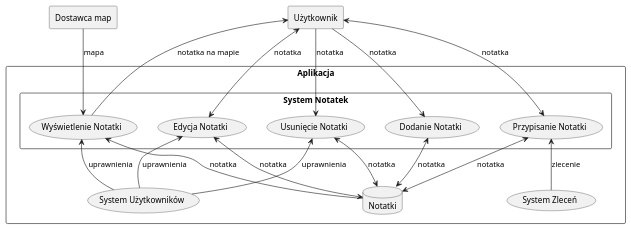
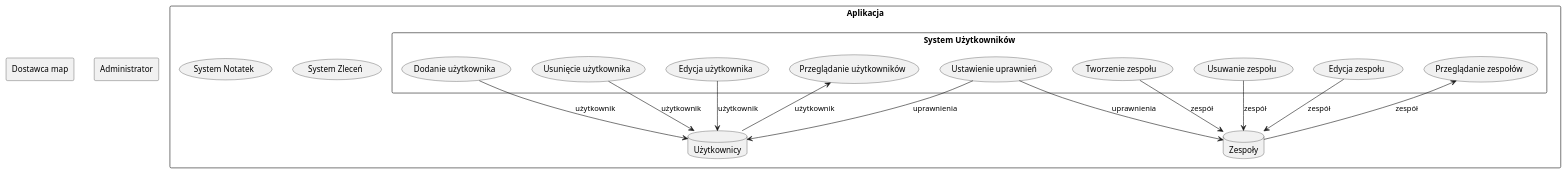
One commit to m-panczyk/gn_plantuml changed the diagram in ds.users.puml. Above: the diagram before and after it, drawn with PlantUML. The commit also changed 1 other file, not shown here.

Commit message:
poprawka strzałek w ds.ticket i wstępny diagram w ds.users

```diff
--- a/ds.users.puml
+++ b/ds.users.puml
@@ -2,33 +2,35 @@
 @startuml
-rectangle "Użytkownik" as user
 rectangle "Dostawca map" as maps
+rectangle "Administrator" as admin
 rectangle Aplikacja as app {
-	rectangle "System Notatek" as sn{
-		(Dodanie Notatki) as add
-		(Usunięcie Notatki) as del
-		(Edycja Notatki) as edit
-		(Przypisanie Notatki) as assign
-		(Wyświetlenie Notatki) as show
+	rectangle "System Użytkowników" as sn{
+		(Dodanie użytkownika) as add
+		(Usunięcie użytkownika) as del
+		(Edycja użytkownika) as edit
+		(Przeglądanie użytkowników) as view
+		(Ustawienie uprawnień) as perm
+		(Tworzenie zespołu) as teamadd
+		(Usuwanie zespołu) as teamdel
+		(Edycja zespołu) as teamedit
+		(Przeglądanie zespołów) as teamview
     }
     (System Zleceń) as sz
-    (System Użytkowników) as su
-    database "Notatki" as dbn
+    (System Notatek) as su
+    database "Użytkownicy" as dbu
+    database "Zespoły" as dbz
 
-    user --> add :notatka
-    user <-- show :notatka na mapie
-    maps --> show :mapa
-    user --> del :notatka
-    user <--> edit :notatka
-    user <--> assign :notatka
-    add <-d-> dbn :notatka
-    del <-d-> dbn :notatka
-    edit <-d-> dbn :notatka
-    assign <-d-> dbn :notatka
-    show <-d- dbn :notatka
-    sz -u-> assign :zlecenie
-    su -u-> del :uprawnienia
-    su -u-> edit :uprawnienia
-    su -u-> show :uprawnienia
+    add --> dbu: użytkownik
+    del --> dbu: użytkownik
+    edit --> dbu: użytkownik
+    view <-- dbu: użytkownik
+
+    perm --> dbu: uprawnienia
+    perm --> dbz: uprawnienia
+
+    teamadd --> dbz: zespół
+    teamdel --> dbz: zespół
+    teamedit --> dbz: zespół
+    teamview <-- dbz: zespół
 
 }
 @enduml
```
